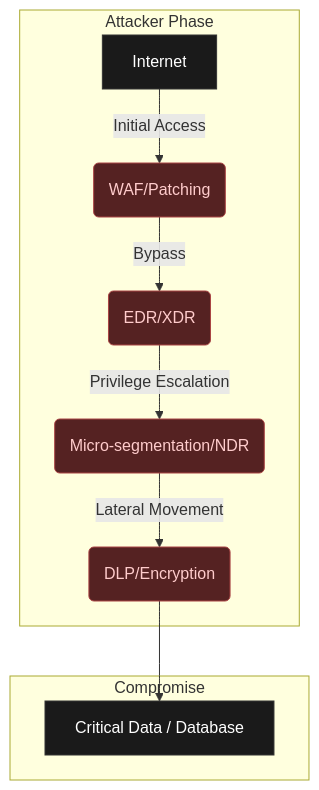
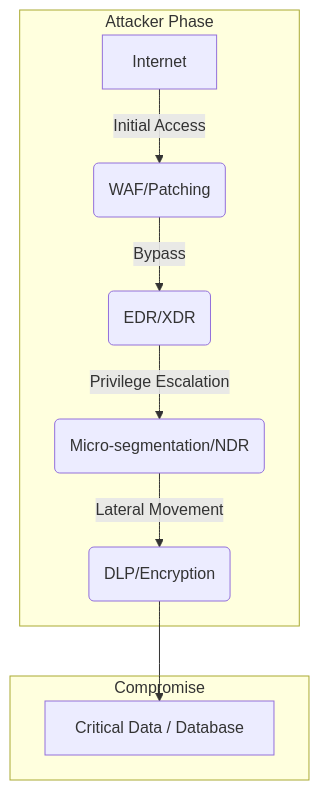
The third of 5 diagrams in website/content/global-cyber-threat-actors-apt/en.md (yusufarbc/yusufarbc), drawn with Mermaid before and after one commit. The commit also changed other lines of this file and 24 other files, not shown here.

````diff
--- a/website/content/global-cyber-threat-actors-apt/en.md
+++ b/website/content/global-cyber-threat-actors-apt/en.md
@@ -612,23 +612,13 @@
 ```mermaid
 graph TD
-    classDef plain fill:#1a1a1a,stroke:#333,stroke-width:1px,color:#fff;
-    classDef threatActor fill:#552222,stroke:#aa4444,stroke-width:1px,color:#ffcccc;
-
     subgraph "Attacker Phase"
-        A[Internet] -->|"Initial Access"| B(WAF/Patching);
-        B -- "Bypass" --> C(EDR/XDR);
-        C -- "Privilege Escalation" --> D(Micro-segmentation/NDR);
-        D -- "Lateral Movement" --> E(DLP/Encryption);
+        A[Internet] -->|"Initial Access"| B(WAF/Patching)
+        B -- "Bypass" --> C(EDR/XDR)
+        C -- "Privilege Escalation" --> D(Micro-segmentation/NDR)
+        D -- "Lateral Movement" --> E(DLP/Encryption)
     end
 
     subgraph "Compromise"
-        E --> F[Critical Data / Database];
+        E --> F[Critical Data / Database]
     end
-
-    A:::plain;
-    B:::threatActor;
-    C:::threatActor;
-    D:::threatActor;
-    E:::threatActor;
-    F:::plain;
 ```
````
